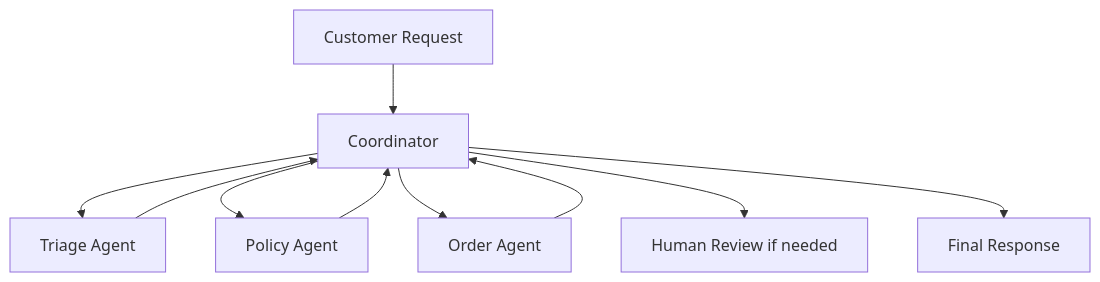
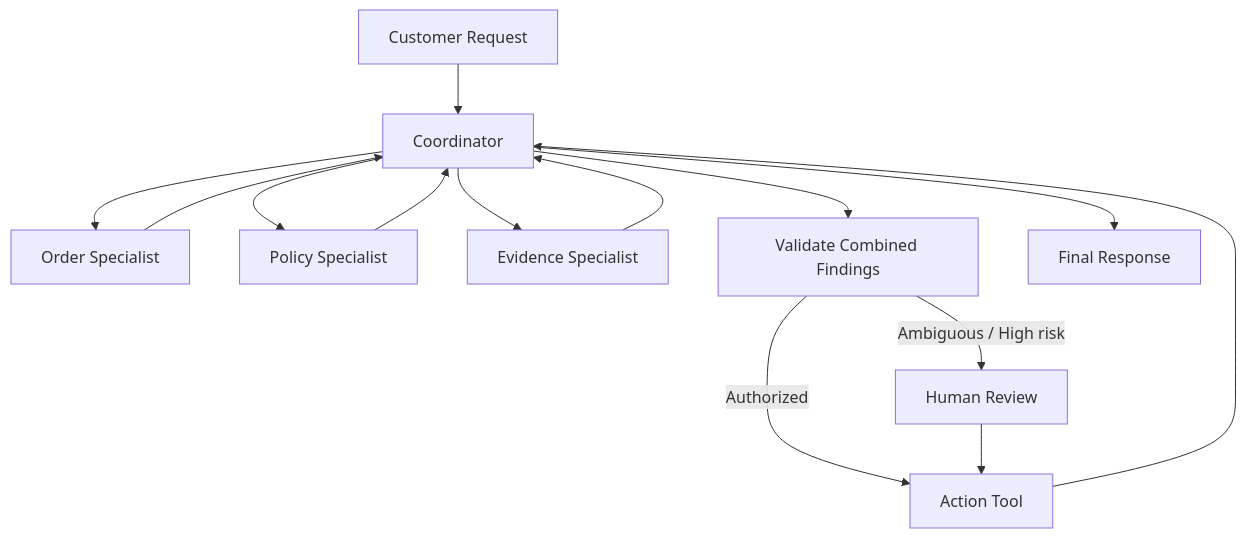
The second of 5 diagrams in notes/module-01-from-answering-to-doing/03-single-vs-multi-agent.md (shomi-khan/preparation), drawn with Mermaid before and after one commit. The commit also changed other lines of this file, not shown here.

````diff
--- a/notes/module-01-from-answering-to-doing/03-single-vs-multi-agent.md
+++ b/notes/module-01-from-answering-to-doing/03-single-vs-multi-agent.md
@@ -30,12 +35,16 @@
 ```mermaid
 flowchart TD
-    U[Customer Request] --> O[Coordinator]
-    O --> T[Triage Agent]
-    O --> P[Policy Agent]
-    O --> D[Order Agent]
-    T --> O
-    P --> O
-    D --> O
-    O --> H[Human Review if needed]
-    O --> R[Final Response]
+    U[Customer Request] --> C[Coordinator]
+    C --> O[Order Specialist]
+    C --> P[Policy Specialist]
+    C --> E[Evidence Specialist]
+    O --> C
+    P --> C
+    E --> C
+    C --> V[Validate Combined Findings]
+    V -->|Ambiguous / High risk| H[Human Review]
+    V -->|Authorized| X[Action Tool]
+    H --> X
+    X --> C
+    C --> R[Final Response]
 ```
````
